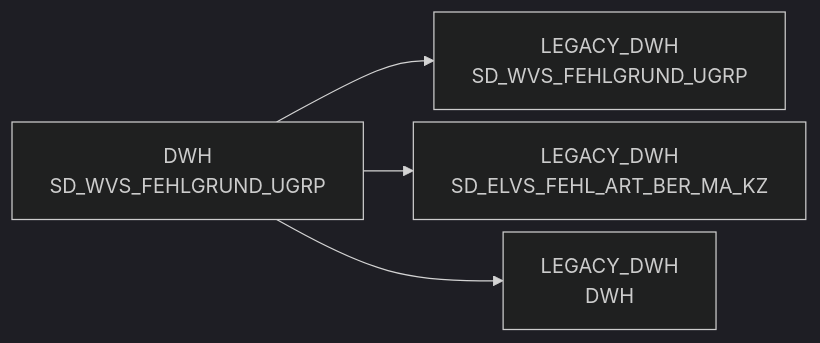
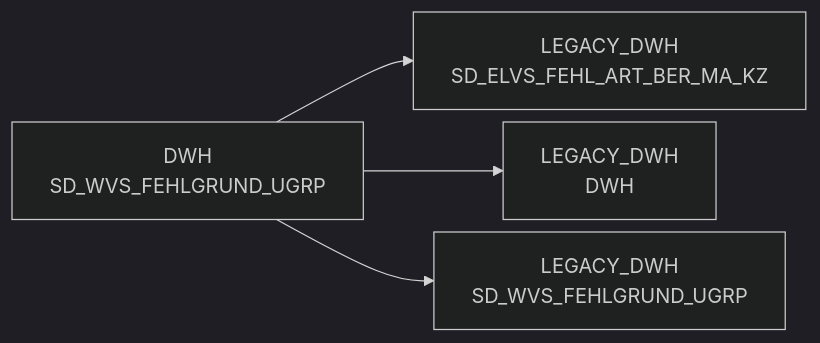
The diagram in docs/Tables/DWH/SD_WVS_FEHLGRUND_UGRP.md (integration-factory-de/sas_code_docs), drawn with Mermaid (dark theme) before and after one commit. The commit also changed other lines of this file and 129 other files, not shown here.

````diff
--- a/docs/Tables/DWH/SD_WVS_FEHLGRUND_UGRP.md
+++ b/docs/Tables/DWH/SD_WVS_FEHLGRUND_UGRP.md
@@ -9,15 +17,15 @@
 ```mermaid
 %%{init: {'flowchart': { 'nodeSpacing': 10, 'rankSpacing': 40, 'rankdir': 'TB' }}}%%
 
 flowchart LR
 
-  DWH.SD_WVS_FEHLGRUND_UGRP["DWH<br/>SD_WVS_FEHLGRUND_UGRP"] --> LEGACY_DWH.SD_WVS_FEHLGRUND_UGRP["LEGACY_DWH<br/>SD_WVS_FEHLGRUND_UGRP"]
   DWH.SD_WVS_FEHLGRUND_UGRP["DWH<br/>SD_WVS_FEHLGRUND_UGRP"] --> LEGACY_DWH.SD_ELVS_FEHL_ART_BER_MA_KZ["LEGACY_DWH<br/>SD_ELVS_FEHL_ART_BER_MA_KZ"]
   DWH.SD_WVS_FEHLGRUND_UGRP["DWH<br/>SD_WVS_FEHLGRUND_UGRP"] --> LEGACY_DWH.DWH["LEGACY_DWH<br/>DWH"]
+  DWH.SD_WVS_FEHLGRUND_UGRP["DWH<br/>SD_WVS_FEHLGRUND_UGRP"] --> LEGACY_DWH.SD_WVS_FEHLGRUND_UGRP["LEGACY_DWH<br/>SD_WVS_FEHLGRUND_UGRP"]
   click DWH.SD_WVS_FEHLGRUND_UGRP "../../tables/DWH/SD_WVS_FEHLGRUND_UGRP"
   click DWH.SD_WVS_FEHLGRUND_UGRP "../../tables/DWH/SD_WVS_FEHLGRUND_UGRP"
   click DWH.SD_WVS_FEHLGRUND_UGRP "../../tables/DWH/SD_WVS_FEHLGRUND_UGRP"
-  click LEGACY_DWH.SD_WVS_FEHLGRUND_UGRP "../../tables/LEGACY_DWH/SD_WVS_FEHLGRUND_UGRP"
   click LEGACY_DWH.SD_ELVS_FEHL_ART_BER_MA_KZ "../../tables/LEGACY_DWH/SD_ELVS_FEHL_ART_BER_MA_KZ"
   click LEGACY_DWH.DWH "../../tables/LEGACY_DWH/DWH"
+  click LEGACY_DWH.SD_WVS_FEHLGRUND_UGRP "../../tables/LEGACY_DWH/SD_WVS_FEHLGRUND_UGRP"
 ```
````
